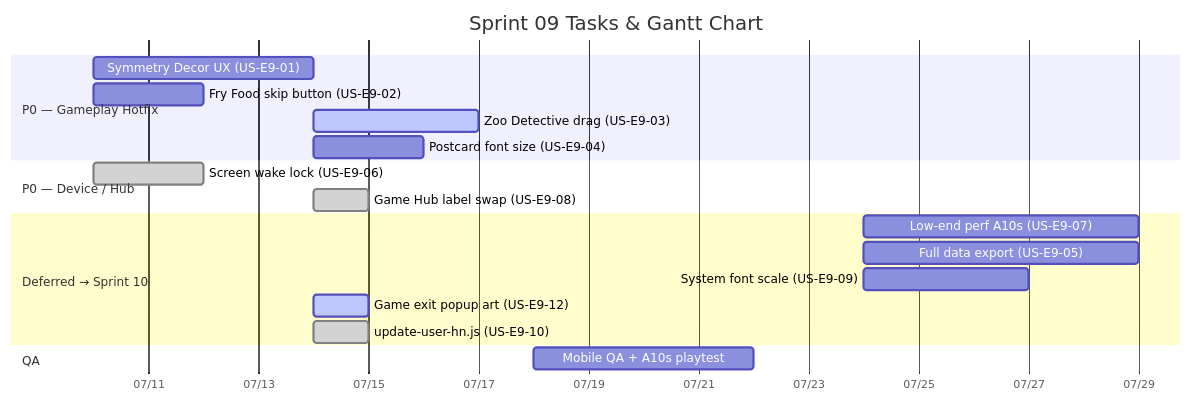
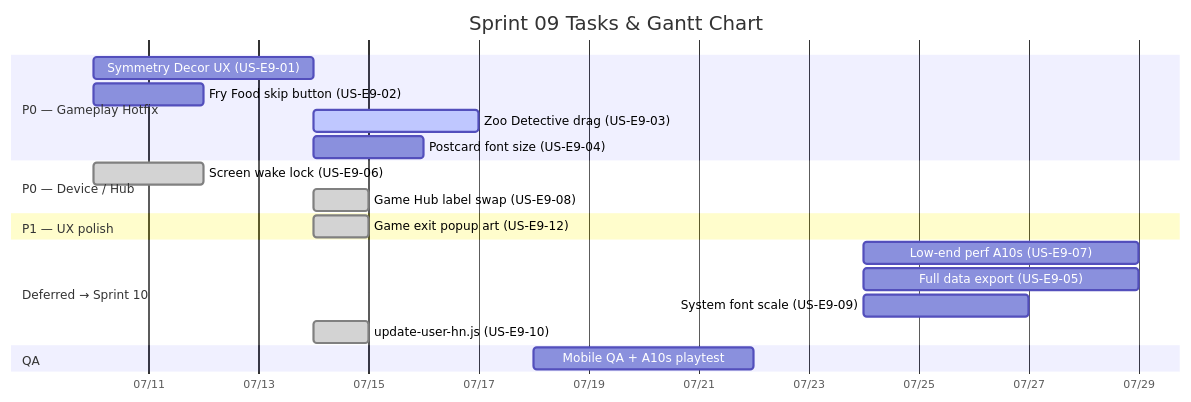
One commit to ChayutChanmueang/mci-cognitive-game-hub-dev-deploy changed the diagram in docs/agile/sprint-backlogs/sprint-09.md. Above: the diagram before and after it, drawn with Mermaid. The commit also changed other lines of this file and 12 other files, not shown here.

Commit message:
chore: bump version to 1.1.4; align game exit popup layout with shared confirm dialog structure, ensuring consistency across popups

````diff
--- a/docs/agile/sprint-backlogs/sprint-09.md
+++ b/docs/agile/sprint-backlogs/sprint-09.md
@@ -11,22 +11,23 @@
 ```mermaid
 gantt
     title Sprint 09 Tasks & Gantt Chart
     dateFormat  YYYY-MM-DD
     axisFormat  %m/%d
     section P0 — Gameplay Hotfix
     Symmetry Decor UX (US-E9-01)     :t1, 2026-07-10, 4d
     Fry Food skip button (US-E9-02)  :t2, 2026-07-10, 2d
     Zoo Detective drag (US-E9-03)    :active, t3, 2026-07-14, 3d
     Postcard font size (US-E9-04)    :t4, 2026-07-14, 2d
     section P0 — Device / Hub
     Screen wake lock (US-E9-06)      :done, t6, 2026-07-10, 2d
     Game Hub label swap (US-E9-08)   :done, t8, 2026-07-14, 1d
+    section P1 — UX polish
+    Game exit popup art (US-E9-12)   :done, t12, 2026-07-14, 1d
     section Deferred → Sprint 10
     Low-end perf A10s (US-E9-07)     :t7, 2026-07-24, 5d
     Full data export (US-E9-05)      :t5, 2026-07-24, 5d
     System font scale (US-E9-09)     :t9, 2026-07-24, 3d
-    Game exit popup art (US-E9-12)   :active, t12, 2026-07-14, 1d
     update-user-hn.js (US-E9-10)     :done, t11, 2026-07-14, 1d
     section QA
     Mobile QA + A10s playtest      :q1, 2026-07-18, 4d
 ```
````
